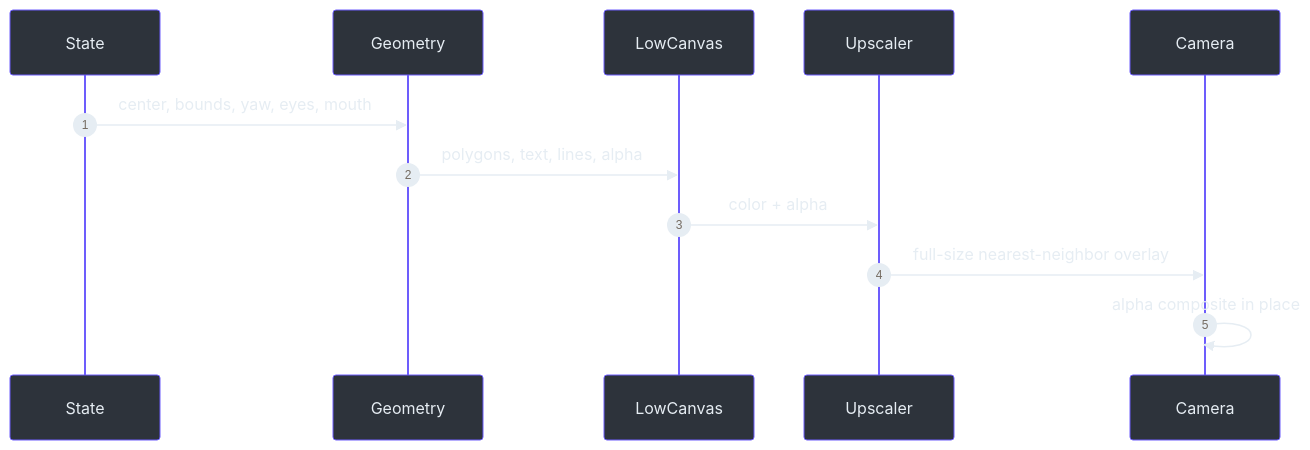
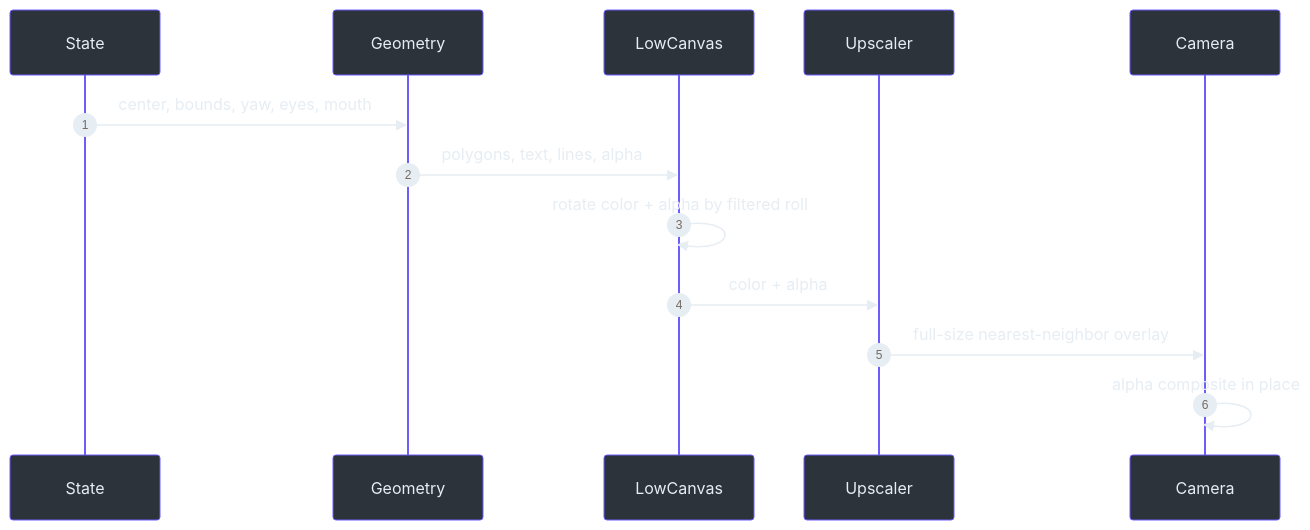
One commit to Zanark/KardboardCode-VTuber changed the second of 2 diagrams in docs/03-algorithms-and-data-structures/low-resolution-overlay-compositing.md. Above: the diagram before and after it, drawn with Mermaid. The commit also changed other lines of this file and 3 other files, not shown here.

````diff
--- a/docs/03-algorithms-and-data-structures/low-resolution-overlay-compositing.md
+++ b/docs/03-algorithms-and-data-structures/low-resolution-overlay-compositing.md
@@ -56,15 +56,16 @@
 ```mermaid
 %%{init: {"theme": "base", "themeVariables": {"primaryColor": "#2d333b", "primaryBorderColor": "#6d5dfc", "primaryTextColor": "#e6edf3", "lineColor": "#8b949e", "secondaryColor": "#161b22", "tertiaryColor": "#2d333b"}}}%%
 sequenceDiagram
     autonumber
     participant State
     participant Geometry
     participant LowCanvas
     participant Upscaler
     participant Camera
     State->>Geometry: center, bounds, yaw, eyes, mouth
     Geometry->>LowCanvas: polygons, text, lines, alpha
+    LowCanvas->>LowCanvas: rotate color + alpha by filtered roll
     LowCanvas->>Upscaler: color + alpha
     Upscaler->>Camera: full-size nearest-neighbor overlay
     Camera->>Camera: alpha composite in place
 ```
````
